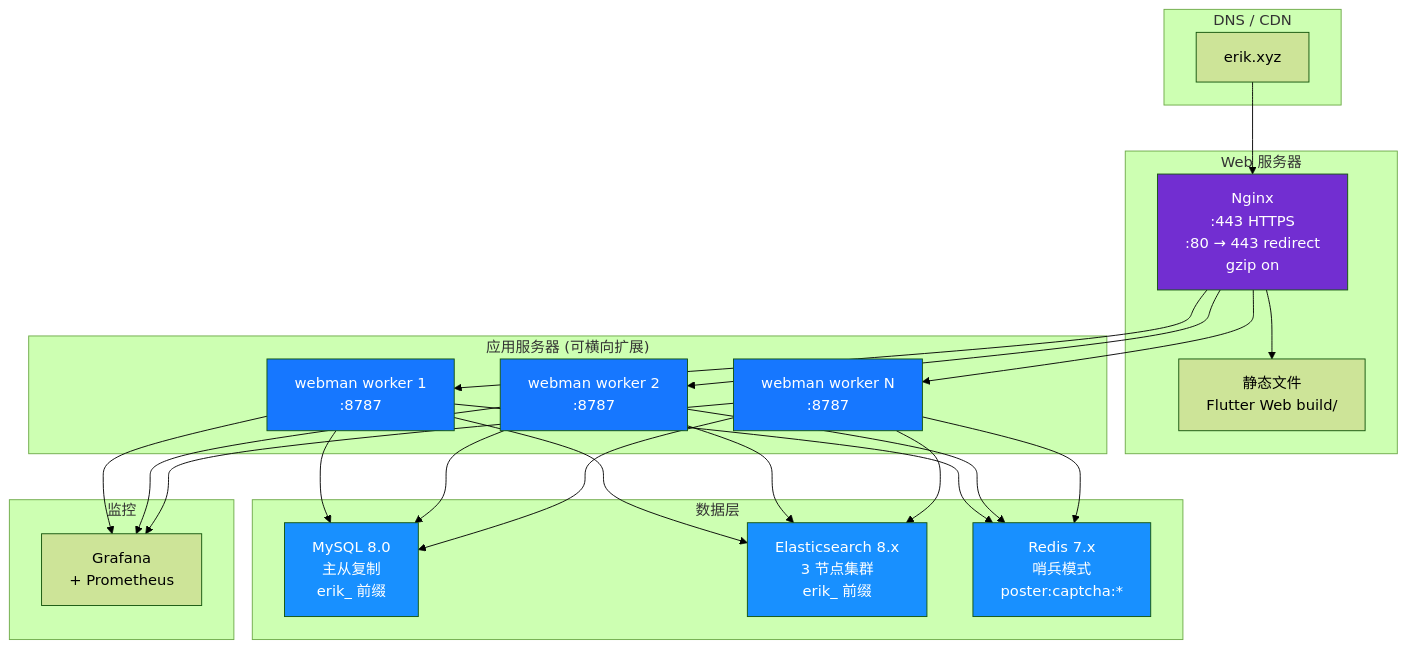
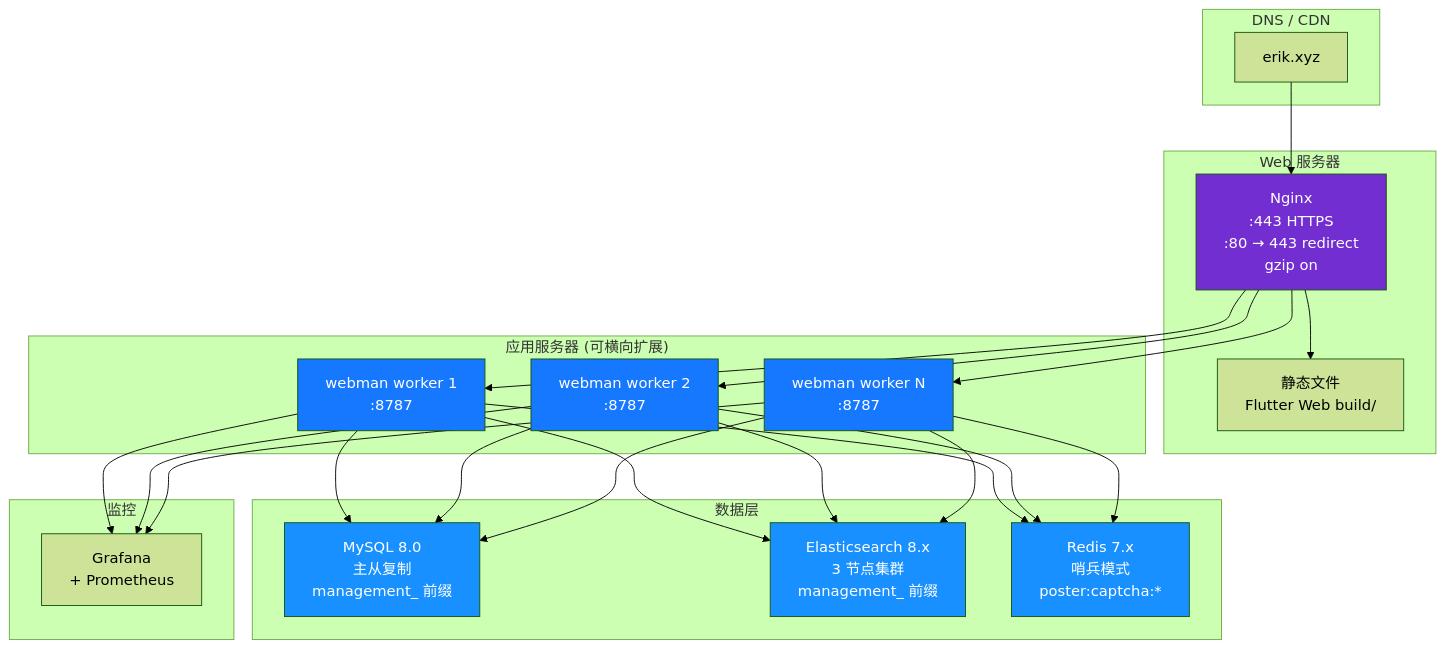
Diagram 14 of 14 in admin/docs/ARCHITECTURE.md (erikwang2013/property-management-platform), drawn with Mermaid (forest theme) before and after one commit. The commit also changed other lines of this file and 347 other files, not shown here.

````diff
--- a/admin/docs/ARCHITECTURE.md
+++ b/admin/docs/ARCHITECTURE.md
@@ -646,43 +646,43 @@
 ```mermaid
 flowchart TB
     subgraph "DNS / CDN"
         DNS["erik.xyz"]
     end
 
     subgraph "Web 服务器"
         NGX["Nginx<br/>:443 HTTPS<br/>:80 → 443 redirect<br/>gzip on"]
         STA["静态文件<br/>Flutter Web build/"]
     end
 
     subgraph "应用服务器 (可横向扩展)"
         WM1["webman worker 1<br/>:8787"]
         WM2["webman worker 2<br/>:8787"]
         WM3["webman worker N<br/>:8787"]
     end
 
     subgraph "数据层"
-        MYSQL["MySQL 8.0<br/>主从复制<br/>erik_ 前缀"]
-        ES["Elasticsearch 8.x<br/>3 节点集群<br/>erik_ 前缀"]
+        MYSQL["MySQL 8.0<br/>主从复制<br/>management_ 前缀"]
+        ES["Elasticsearch 8.x<br/>3 节点集群<br/>management_ 前缀"]
         REDIS["Redis 7.x<br/>哨兵模式<br/>poster:captcha:*"]
     end
 
     subgraph "监控"
         MON["Grafana<br/>+ Prometheus"]
     end
 
     DNS --> NGX
     NGX --> STA
     NGX --> WM1 & WM2 & WM3
     WM1 & WM2 & WM3 --> MYSQL
     WM1 & WM2 & WM3 --> ES
     WM1 & WM2 & WM3 --> REDIS
     WM1 & WM2 & WM3 --> MON
 
     style NGX fill:#722ED1,color:#fff
     style WM1 fill:#1677FF,color:#fff
     style WM2 fill:#1677FF,color:#fff
     style WM3 fill:#1677FF,color:#fff
     style MYSQL fill:#1890FF,color:#fff
     style ES fill:#1890FF,color:#fff
     style REDIS fill:#1890FF,color:#fff
 ```
````
